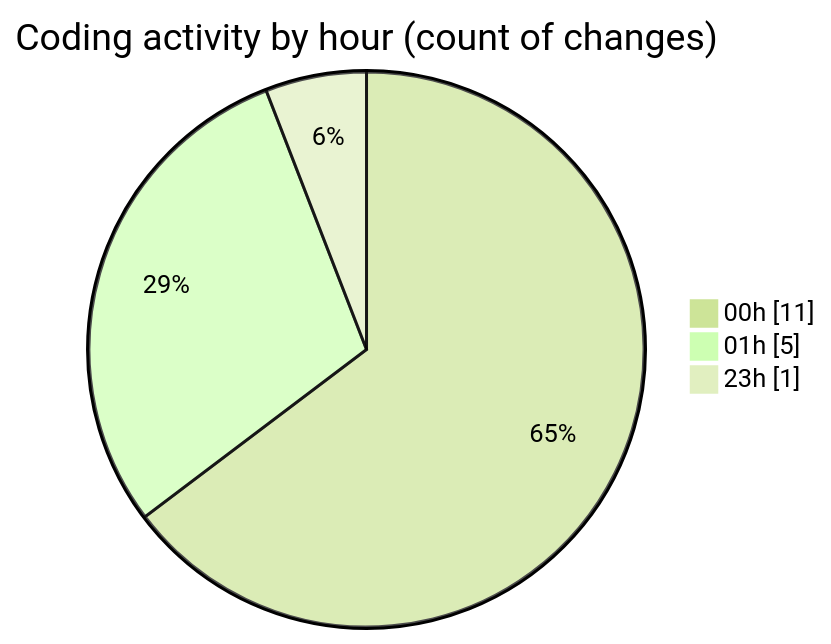
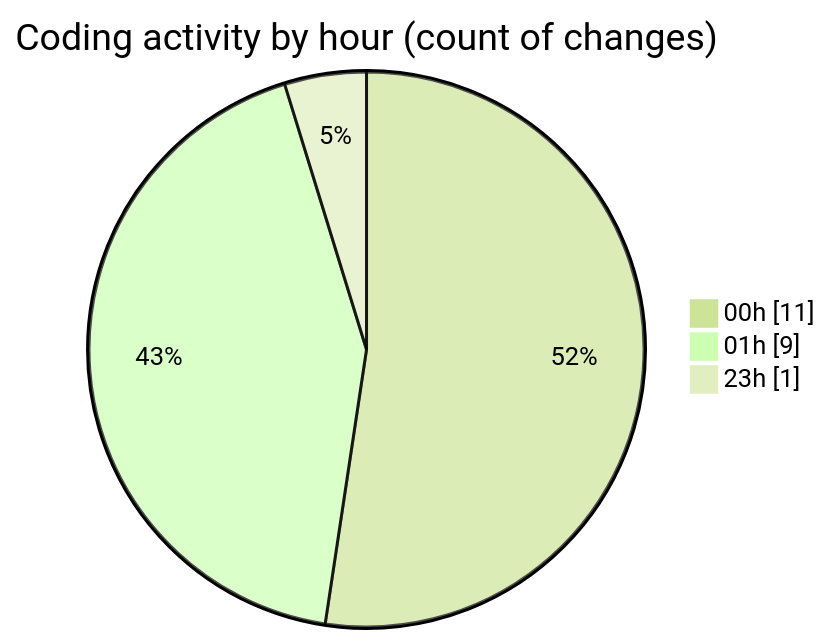
One commit to lephambinh05/code-tracking changed the second of 2 diagrams in 2025-07-18/nhahang/README.md. Above: the diagram before and after it, drawn with Mermaid (forest theme). The commit also changed other lines of this file and 1 other file, not shown here.

````diff
--- a/2025-07-18/nhahang/README.md
+++ b/2025-07-18/nhahang/README.md
@@ -40,7 +42,7 @@
 ```mermaid
 pie showData
 title Coding activity by hour (count of changes)
 "00h" : 11
-"01h" : 5
+"01h" : 9
 "23h" : 1
 ```
````
